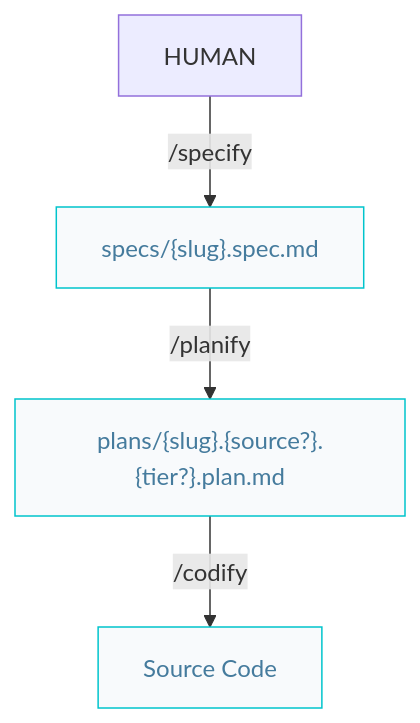
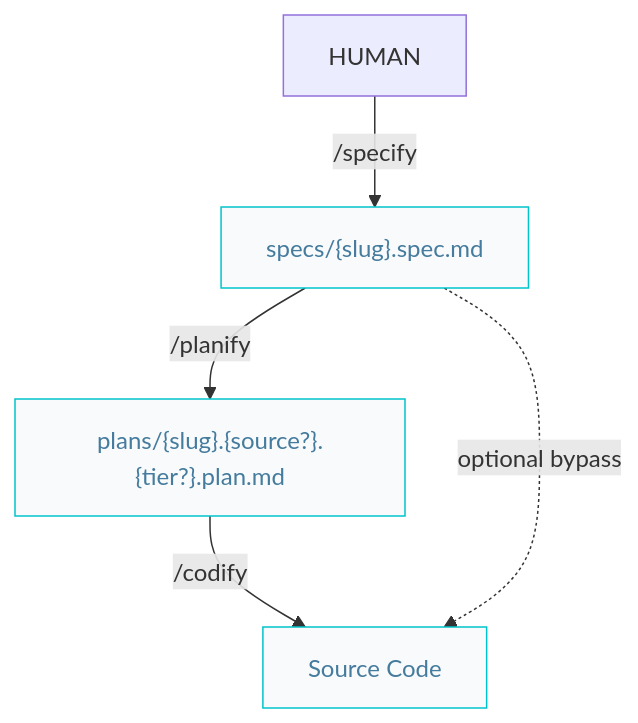
One commit to AIDDbot/AIDDbot changed the first of 2 diagrams in docs/builder.pipelines.md. Above: the diagram before and after it, drawn with Mermaid. The commit also changed other lines of this file and 32 other files, not shown here.

````diff
--- a/docs/builder.pipelines.md
+++ b/docs/builder.pipelines.md
@@ -7,13 +7,14 @@
 ```mermaid
 flowchart TD  
   HUM[HUMAN]
   SPC["specs/{slug}.spec.md"]:::nd
   PLN["plans/{slug}.{source?}.{tier?}.plan.md"]:::nd
   COD[Source Code]:::nd
 
   HUM -->|/specify| SPC
   SPC -->|/planify| PLN
   PLN -->|/codify| COD
+  SPC -.->|optional bypass| COD
 
   classDef nd fill:#f8fafc,stroke:#00c4cc,color:#457b9d
 ```
````
